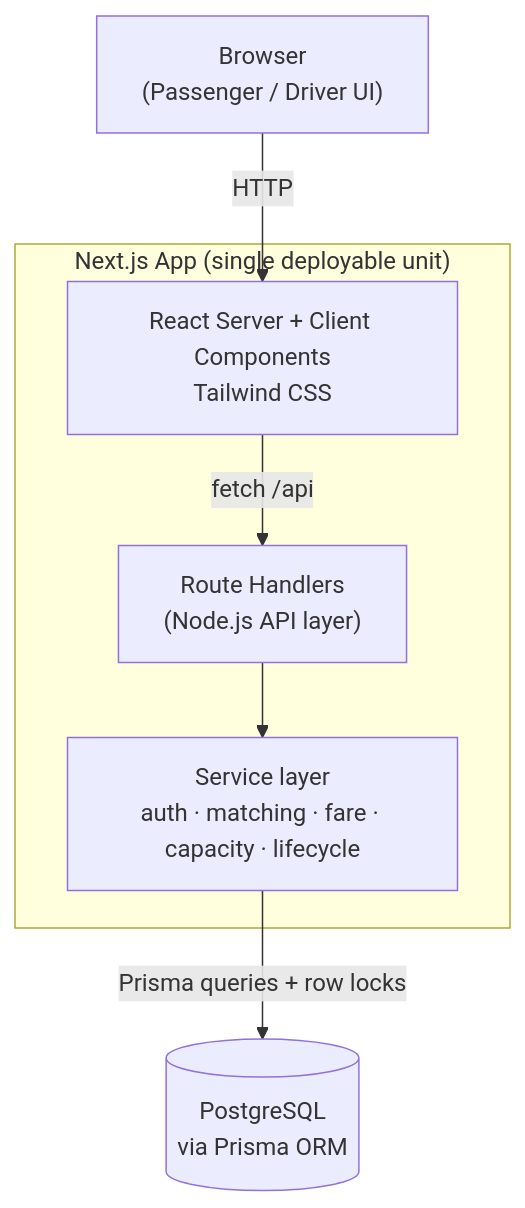
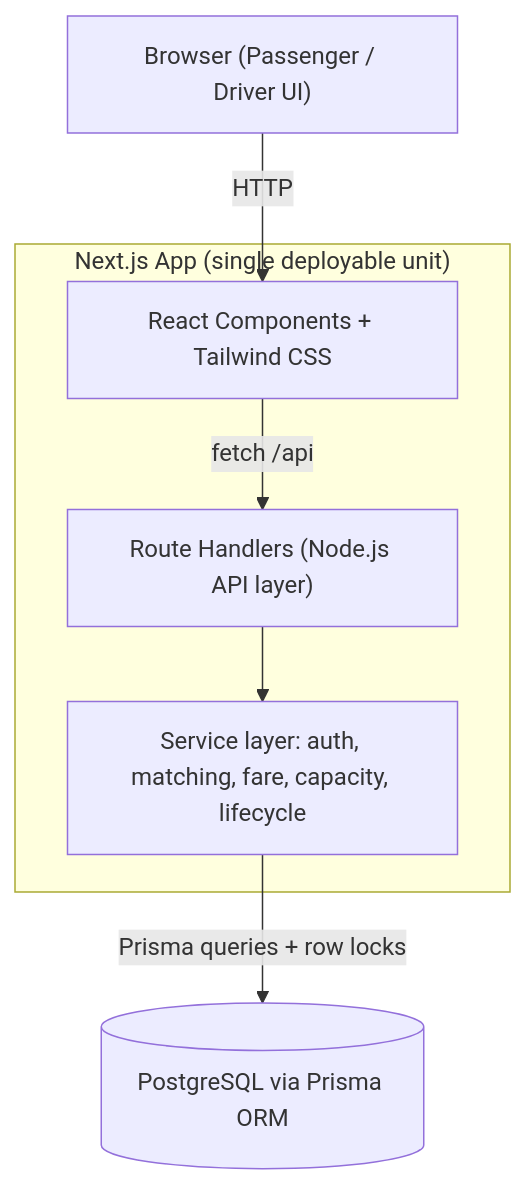
One commit to ShanaxWorld/dhaka-tesla-pool changed the first of 2 diagrams in README.md. Above: the diagram before and after it, drawn with Mermaid. The commit also changed other lines of this file, not shown here.

Commit message:
docs(readme): fix mermaid syntax so diagrams render on github

````diff
--- a/README.md
+++ b/README.md
@@ -45,15 +45,15 @@
 ```mermaid
 flowchart TD
-    Browser["Browser<br/>(Passenger / Driver UI)"]
+    Browser["Browser (Passenger / Driver UI)"]
     subgraph NextApp["Next.js App (single deployable unit)"]
-        UI["React Server + Client Components<br/>Tailwind CSS"]
-        API["Route Handlers<br/>(Node.js API layer)"]
-        Logic["Service layer<br/>auth · matching · fare · capacity · lifecycle"]
+        UI["React Components + Tailwind CSS"]
+        API["Route Handlers (Node.js API layer)"]
+        Logic["Service layer: auth, matching, fare, capacity, lifecycle"]
     end
-    DB[("PostgreSQL<br/>via Prisma ORM")]
+    DB[("PostgreSQL via Prisma ORM")]
 
     Browser -->|HTTP| UI
     UI -->|fetch /api| API
     API --> Logic
     Logic -->|Prisma queries + row locks| DB
 ```
````
